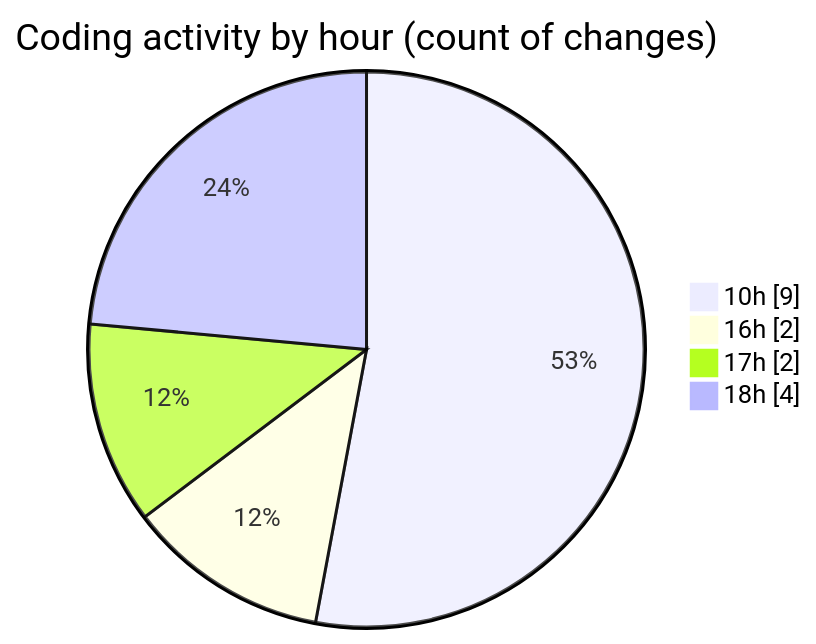
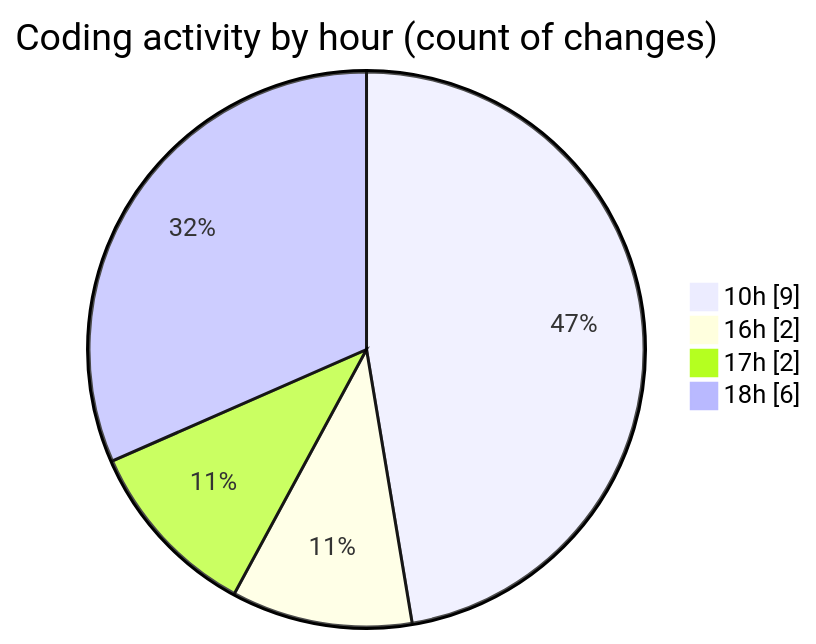
The second of 2 diagrams in 2025-10-10/eventscop-api-guide__workspace_/README.md (julien-gomy/code-tracking), drawn with Mermaid before and after one commit. The commit also changed other lines of this file and 1 other file, not shown here.

````diff
--- a/2025-10-10/eventscop-api-guide__workspace_/README.md
+++ b/2025-10-10/eventscop-api-guide__workspace_/README.md
@@ -31,8 +31,8 @@
 ```mermaid
 pie showData
 title Coding activity by hour (count of changes)
 "10h" : 9
 "16h" : 2
 "17h" : 2
-"18h" : 4
+"18h" : 6
 ```
````
